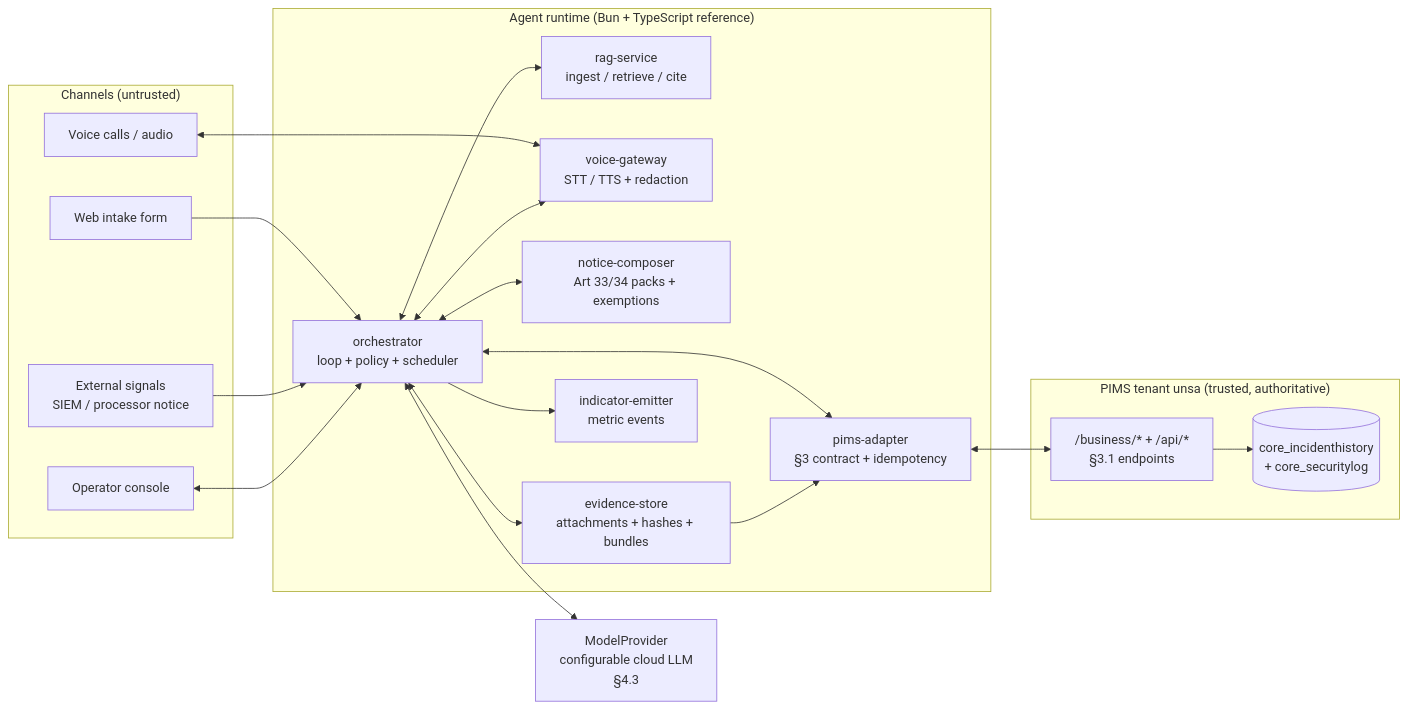
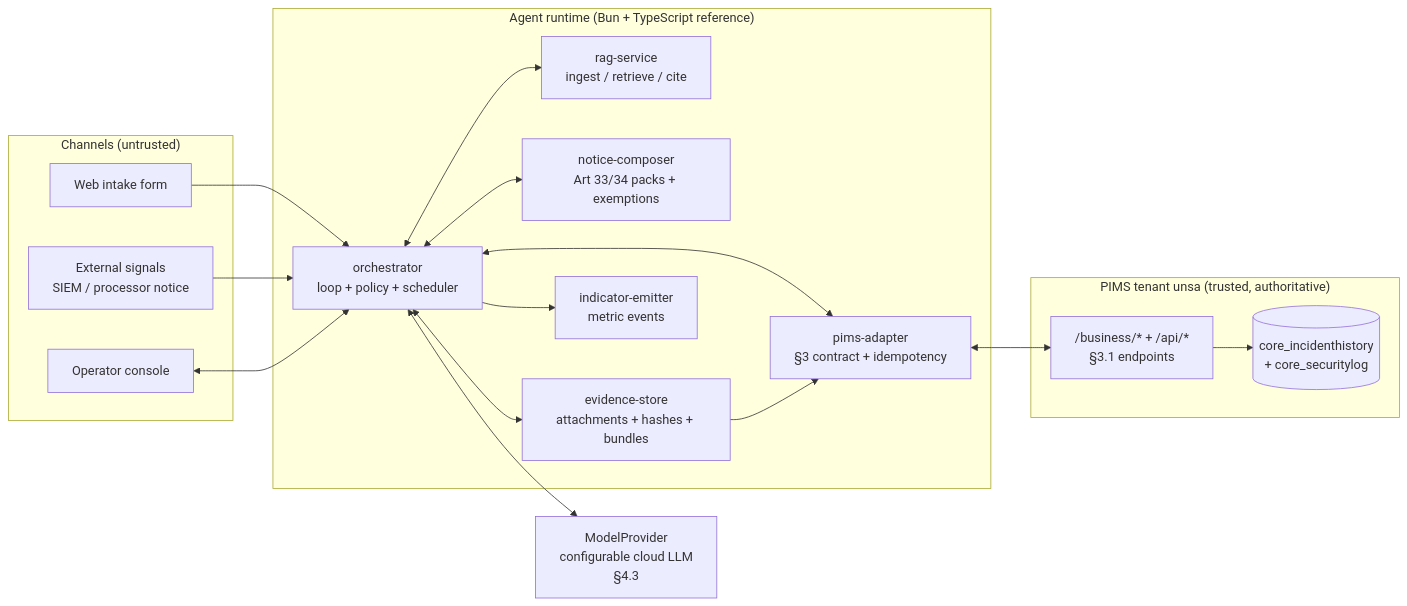
Before and after one commit to microuni-unsa/as-turno-b-grupo-4-final: the first of 4 diagrams in docs/incident-agent-spec.md, drawn with Mermaid. The commit also changed other lines of this file and 55 other files, not shown here.

````diff
--- a/docs/incident-agent-spec.md
+++ b/docs/incident-agent-spec.md
@@ -370,37 +370,33 @@
 ```mermaid
 flowchart LR
     subgraph CH["Channels (untrusted)"]
-        VOICE[Voice calls / audio]
         FORM[Web intake form]
         APIIN[External signals<br/>SIEM / processor notice]
         CONSOLE[Operator console]
     end
     subgraph AG["Agent runtime (Bun + TypeScript reference)"]
         ORCH[orchestrator<br/>loop + policy + scheduler]
         ADAPT[pims-adapter<br/>§3 contract + idempotency]
         RAG[rag-service<br/>ingest / retrieve / cite]
-        VG[voice-gateway<br/>STT / TTS + redaction]
         NC[notice-composer<br/>Art 33/34 packs + exemptions]
         EV[evidence-store<br/>attachments + hashes + bundles]
         IE[indicator-emitter<br/>metric events]
     end
     subgraph PIMS["PIMS tenant unsa (trusted, authoritative)"]
         REST["/business/* + /api/*<br/>§3.1 endpoints"]
         HIST[(core_incidenthistory<br/>+ core_securitylog)]
     end
     MP[ModelProvider<br/>configurable cloud LLM<br/>§4.3]
-    VOICE <--> VG
     FORM --> ORCH
     APIIN --> ORCH
     CONSOLE <--> ORCH
     ORCH <--> ADAPT
     ORCH <--> RAG
-    ORCH <--> VG
     ORCH <--> NC
     ORCH <--> EV
     ORCH --> IE
     ORCH <--> MP
     ADAPT <--> REST
     REST --> HIST
     EV --> ADAPT
 ```
````
